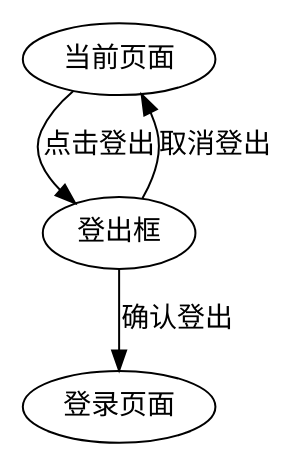
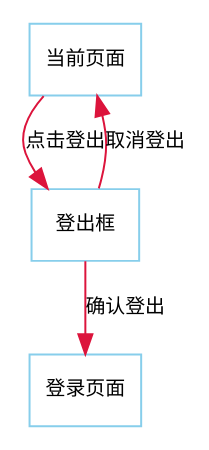
The diagram in docs/flow/logout.dot (keeword/ResPlat), drawn with Graphviz before and after one commit. The commit also changed 8 other files, not shown here.

```diff
--- a/docs/flow/logout.dot
+++ b/docs/flow/logout.dot
@@ -1,13 +1,16 @@
-digraph login {
+digraph logout {
 rankdir=TB;
 fontname = "SimHei";
 fontsize = 12;       
+
+node [fontname = "SimHei", fontsize = 10, color="skyblue", shape="box"];
+edge [fontname = "SimHei", fontsize = 10, color="crimson", style="solid"];
 
 present_page [label="当前页面"];
 login_page [label="登录页面"];
 logout_window [label="登出框"];
 
 present_page -> logout_window [label="点击登出"];
 logout_window -> login_page [label="确认登出"];
 logout_window -> present_page [label="取消登出"];
 }
```
